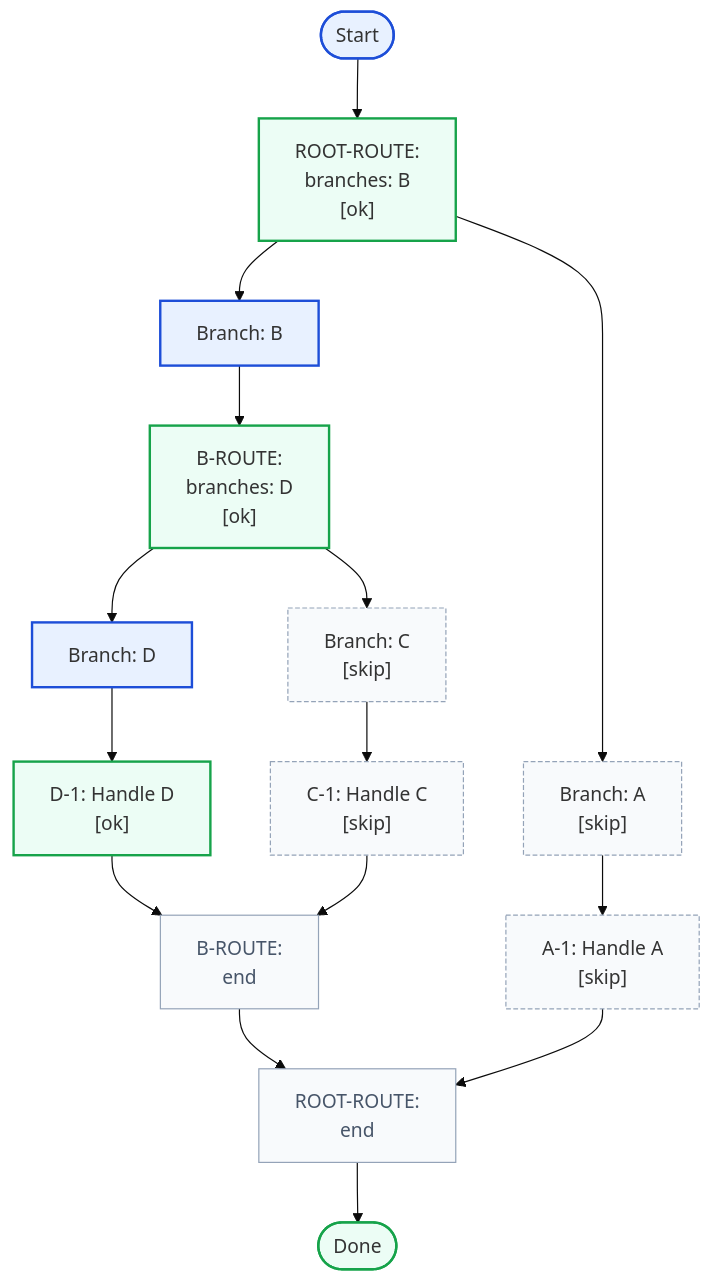
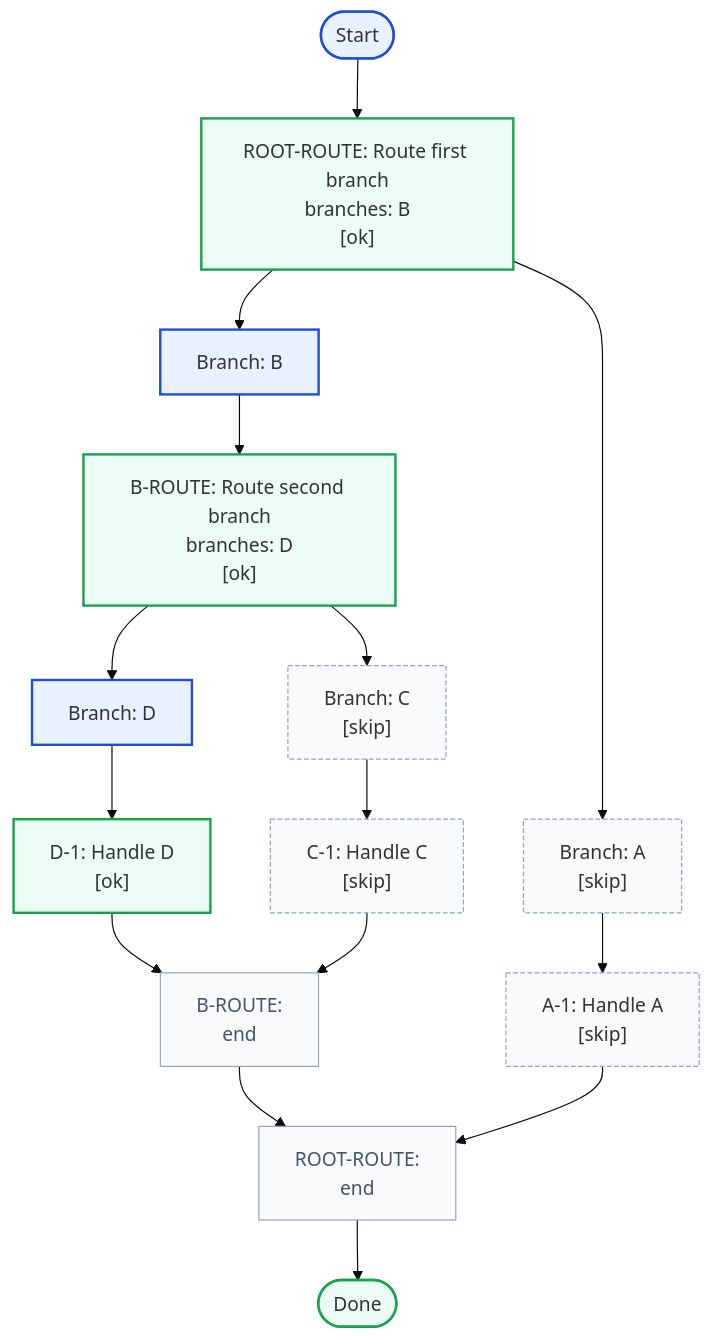
The ninth of 10 diagrams in README.md (mikko-apo/structured-flow), drawn with Mermaid (base theme) before and after one commit. The commit also changed other lines of this file and 9 other files, not shown here.

````diff
--- a/README.md
+++ b/README.md
@@ -1223,60 +1572,60 @@
 ```mermaid
 flowchart TD
   start([Start])
-  step_0["ROOT-ROUTE:
+  step_0["ROOT-ROUTE: Route first branch
 branches: B
 [ok]"]
   branch_0_end["ROOT-ROUTE:
 end"]
   branch_0_end --> done
   class branch_0_end join
   branch_0_0_start["Branch: B"]
   step_0 --> branch_0_0_start
-  branch_0_0_step_0["B-ROUTE:
+  branch_0_0_step_0["B-ROUTE: Route second branch
 branches: D
 [ok]"]
   branch_0_0_start --> branch_0_0_step_0
   branch_0_0_step_0_branch_end["B-ROUTE:
 end"]
   branch_0_0_step_0_branch_end --> branch_0_end
   class branch_0_0_step_0_branch_end join
   branch_0_0_step_0_branch_0_start["Branch: D"]
   branch_0_0_step_0 --> branch_0_0_step_0_branch_0_start
   branch_0_0_step_0_branch_0_step_0["D-1: Handle D
 [ok]"]
   branch_0_0_step_0_branch_0_start --> branch_0_0_step_0_branch_0_step_0
   branch_0_0_step_0_branch_0_step_0 --> branch_0_0_step_0_branch_end
   class branch_0_0_step_0_branch_0_step_0 success
   class branch_0_0_step_0_branch_0_start executed
   branch_0_0_step_0_branch_1_start["Branch: C
 [skip]"]
   branch_0_0_step_0 --> branch_0_0_step_0_branch_1_start
   branch_0_0_step_0_branch_1_step_0["C-1: Handle C
 [skip]"]
   branch_0_0_step_0_branch_1_start --> branch_0_0_step_0_branch_1_step_0
   branch_0_0_step_0_branch_1_step_0 --> branch_0_0_step_0_branch_end
   class branch_0_0_step_0_branch_1_step_0 neutral
   class branch_0_0_step_0_branch_1_start neutral
   class branch_0_0_step_0 success
   class branch_0_0_start executed
   branch_0_1_start["Branch: A
 [skip]"]
   step_0 --> branch_0_1_start
   branch_0_1_step_0["A-1: Handle A
 [skip]"]
   branch_0_1_start --> branch_0_1_step_0
   branch_0_1_step_0 --> branch_0_end
   class branch_0_1_step_0 neutral
   class branch_0_1_start neutral
   done([Done])
   start --> step_0
   classDef executed fill:#e8f1ff,stroke:#1d4ed8,stroke-width:2px
   classDef success fill:#ecfdf5,stroke:#16a34a,stroke-width:2px
   classDef complete fill:#f0fdf4,stroke:#15803d,stroke-width:2px
   classDef failure fill:#fef2f2,stroke:#dc2626,stroke-width:2px
   classDef neutral fill:#f8fafc,stroke:#94a3b8,stroke-dasharray: 4 2
   classDef join fill:#f8fafc,stroke:#94a3b8,stroke-width:1px,color:#475569
   class step_0 success
   class start executed
   class done success
 ```
````
